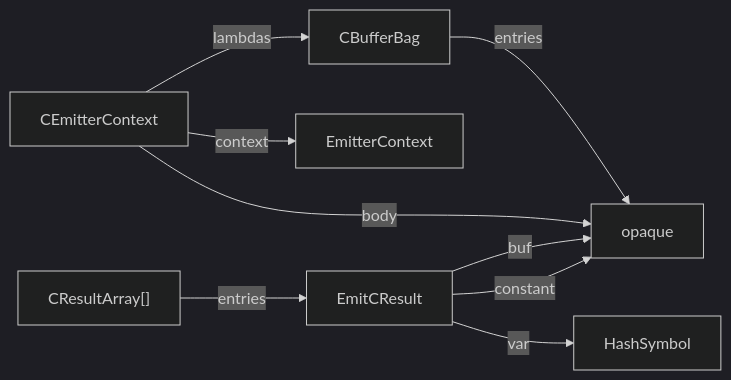
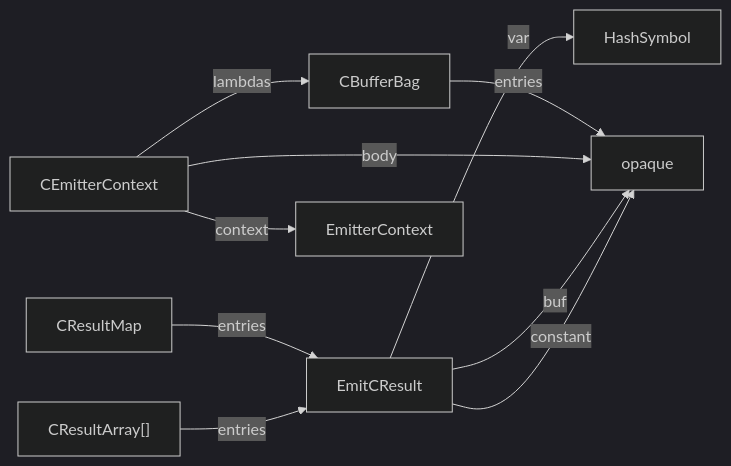
One commit to billhails/CEKF changed the diagram in docs/generated/emit_c.md. Above: the diagram before and after it, drawn with Mermaid (dark theme). The commit also changed 10 other files, not shown here.

````diff
--- a/docs/generated/emit_c.md
+++ b/docs/generated/emit_c.md
@@ -5,11 +5,12 @@
 ```mermaid
 flowchart LR
 CBufferBag --entries--> opaque
+CResultMap --entries--> EmitCResult
 CEmitterContext --lambdas--> CBufferBag
 CEmitterContext --body--> opaque
 CEmitterContext --context--> EmitterContext
 EmitCResult --var--> HashSymbol
 EmitCResult --buf--> opaque
 EmitCResult --constant--> opaque
 CResultArray["CResultArray[]"] --entries--> EmitCResult
 ```
````
